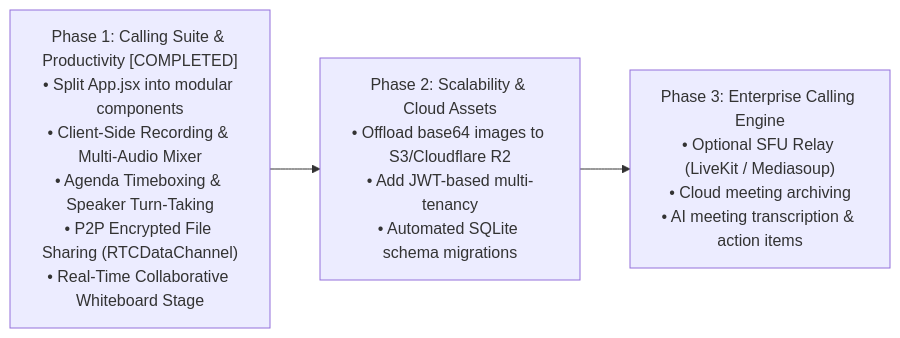
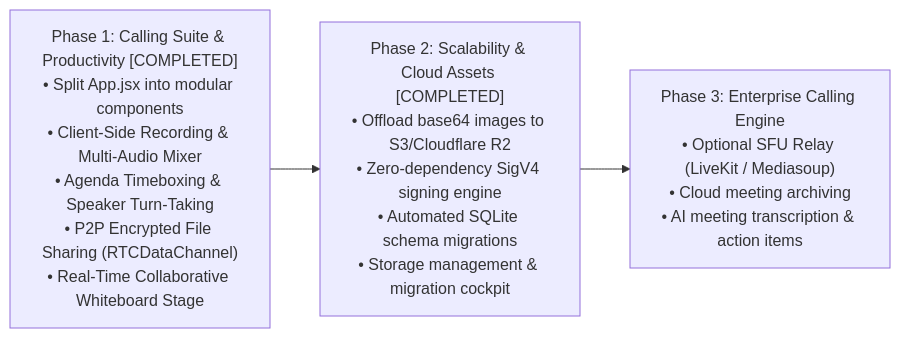
One commit to itssagarK/meetManager changed diagram 15 of 15 in PROJECT_DOCUMENTATION.md. Above: the diagram before and after it, drawn with Mermaid. The commit also changed other lines of this file and 8 other files, not shown here.

Commit message:
Cloudflare R2 / S3 Object Storage & Media Offloading

````diff
--- a/PROJECT_DOCUMENTATION.md
+++ b/PROJECT_DOCUMENTATION.md
@@ -1291,5 +1349,5 @@
 ```mermaid
 flowchart LR
-    Phase1["Phase 1: Calling Suite & Productivity [COMPLETED]\n• Split App.jsx into modular components\n• Client-Side Recording & Multi-Audio Mixer\n• Agenda Timeboxing & Speaker Turn-Taking\n• P2P Encrypted File Sharing (RTCDataChannel)\n• Real-Time Collaborative Whiteboard Stage"] --> Phase2["Phase 2: Scalability & Cloud Assets\n• Offload base64 images to S3/Cloudflare R2\n• Add JWT-based multi-tenancy\n• Automated SQLite schema migrations"]
+    Phase1["Phase 1: Calling Suite & Productivity [COMPLETED]\n• Split App.jsx into modular components\n• Client-Side Recording & Multi-Audio Mixer\n• Agenda Timeboxing & Speaker Turn-Taking\n• P2P Encrypted File Sharing (RTCDataChannel)\n• Real-Time Collaborative Whiteboard Stage"] --> Phase2["Phase 2: Scalability & Cloud Assets [COMPLETED]\n• Offload base64 images to S3/Cloudflare R2\n• Zero-dependency SigV4 signing engine\n• Automated SQLite schema migrations\n• Storage management & migration cockpit"]
     Phase2 --> Phase3["Phase 3: Enterprise Calling Engine\n• Optional SFU Relay (LiveKit / Mediasoup)\n• Cloud meeting archiving\n• AI meeting transcription & action items"]
 ```
````
